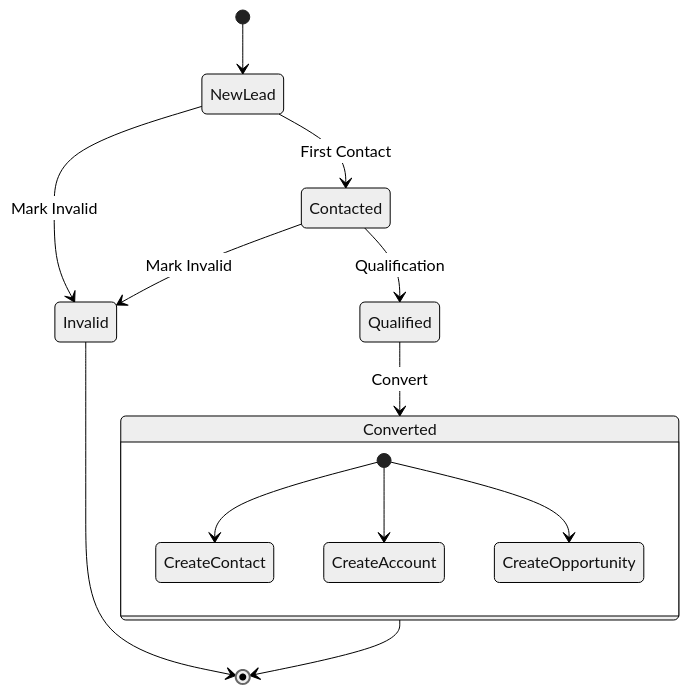
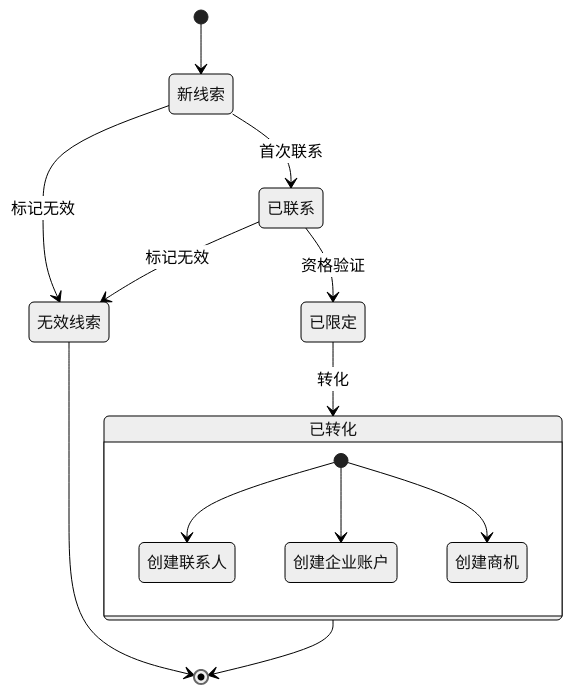
Before and after one commit to 312268112/advanced-java: diagram 20 of 25 in docs/b2b-cdp-entity-design.md, drawn with Mermaid (neutral theme). The commit also changed other lines of this file, not shown here.

````diff
--- a/docs/b2b-cdp-entity-design.md
+++ b/docs/b2b-cdp-entity-design.md
@@ -761,21 +768,21 @@
 ```mermaid
 stateDiagram-v2
-    [*] --> NewLead
+    [*] --> 新线索
     
-    NewLead --> Contacted: First Contact
-    NewLead --> Invalid: Mark Invalid
+    新线索 --> 已联系: 首次联系
+    新线索 --> 无效线索: 标记无效
     
-    Contacted --> Qualified: Qualification
-    Contacted --> Invalid: Mark Invalid
+    已联系 --> 已限定: 资格验证
+    已联系 --> 无效线索: 标记无效
     
-    Qualified --> Converted: Convert
+    已限定 --> 已转化: 转化
     
-    state Converted {
-        [*] --> CreateContact
-        [*] --> CreateAccount
-        [*] --> CreateOpportunity
+    state 已转化 {
+        [*] --> 创建联系人
+        [*] --> 创建企业账户
+        [*] --> 创建商机
     }
     
-    Converted --> [*]
-    Invalid --> [*]
+    已转化 --> [*]
+    无效线索 --> [*]
 ```
````
